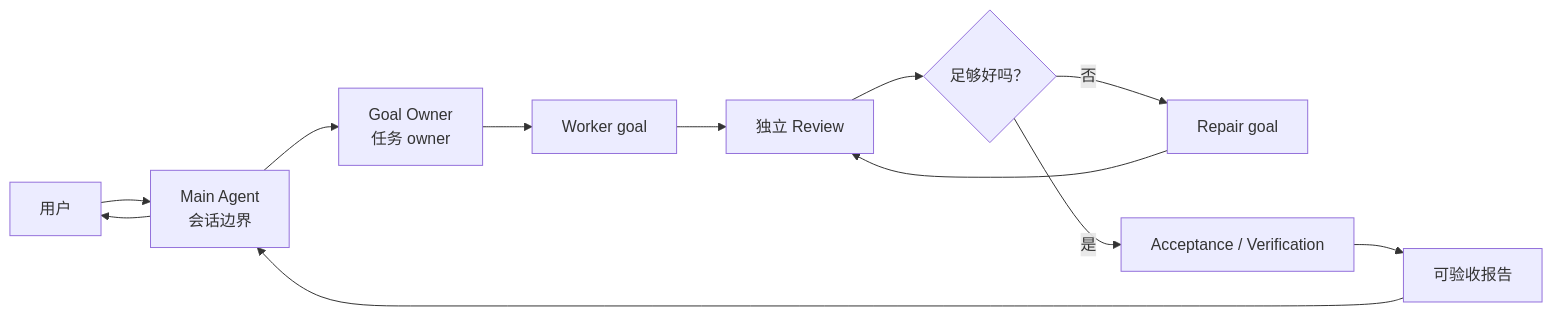
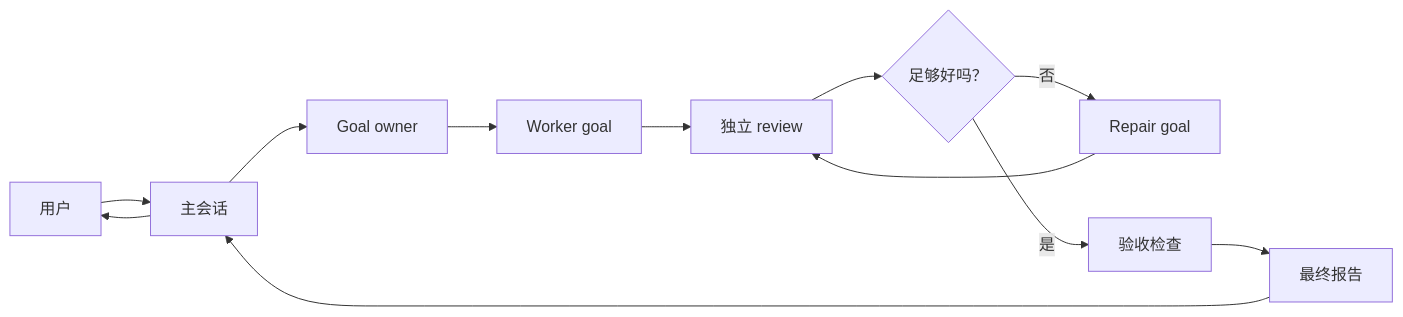
The first of 3 diagrams in parallel-goal-workflows/README.zh-CN.md (patrick-fu/awesome-skills), drawn with Mermaid before and after one commit. The commit also changed other lines of this file and 7 other files, not shown here.

````diff
--- a/parallel-goal-workflows/README.zh-CN.md
+++ b/parallel-goal-workflows/README.zh-CN.md
@@ -89,14 +75,14 @@
 ```mermaid
 flowchart LR
-  User["用户"] --> Main["Main Agent<br/>会话边界"]
-  Main --> Owner["Goal Owner<br/>任务 owner"]
+  User["用户"] --> Main["主会话"]
+  Main --> Owner["Goal owner"]
   Owner --> Worker["Worker goal"]
-  Worker --> Review["独立 Review"]
+  Worker --> Review["独立 review"]
   Review --> Decision{"足够好吗？"}
   Decision -- "否" --> Repair["Repair goal"]
   Repair --> Review
-  Decision -- "是" --> Acceptance["Acceptance / Verification"]
-  Acceptance --> Report["可验收报告"]
+  Decision -- "是" --> Acceptance["验收检查"]
+  Acceptance --> Report["最终报告"]
   Report --> Main
   Main --> User
 ```
````
